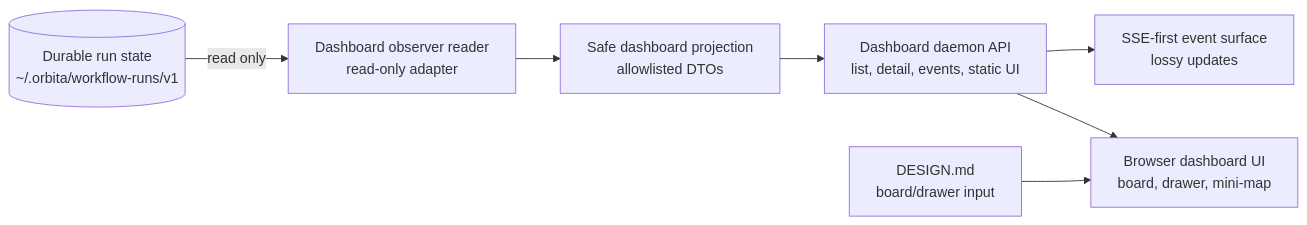
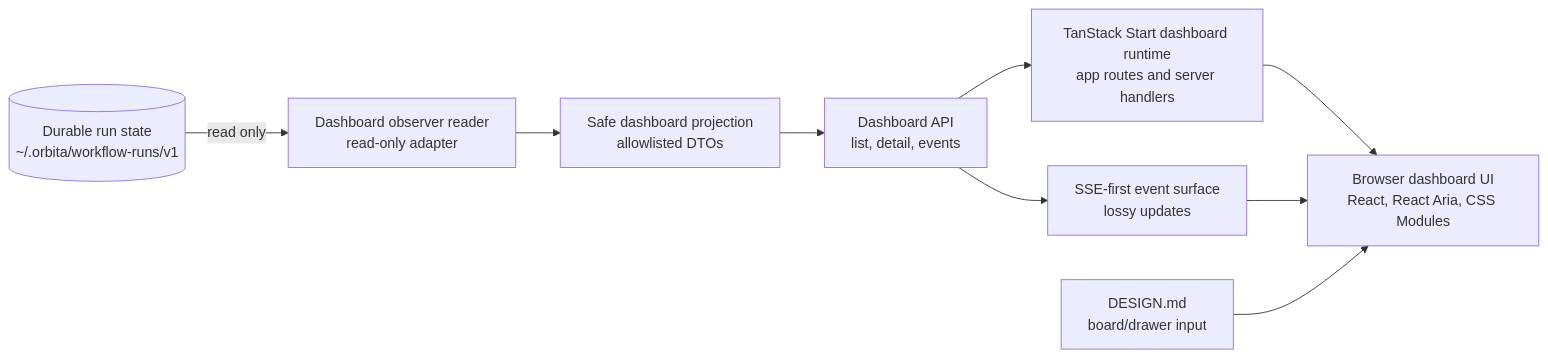
Before and after one commit to MrFlashAccount/UltraSkills: the diagram in skills/orbita/ARCHITECTURE.md, drawn with Mermaid. The commit also changed other lines of this file and 41 other files, not shown here.

Commit message:
Migrate Orbita dashboard to TanStack Start

````diff
--- a/skills/orbita/ARCHITECTURE.md
+++ b/skills/orbita/ARCHITECTURE.md
@@ -502,17 +520,20 @@
 ```mermaid
 flowchart LR
   runs[(Durable run state\n~/.orbita/workflow-runs/v1)]
   observer[Dashboard observer reader\nread-only adapter]
   projection[Safe dashboard projection\nallowlisted DTOs]
-  api[Dashboard daemon API\nlist, detail, events, static UI]
+  start[TanStack Start dashboard runtime\napp routes and server handlers]
+  api[Dashboard API\nlist, detail, events]
   sse[SSE-first event surface\nlossy updates]
-  ui[Browser dashboard UI\nboard, drawer, mini-map]
+  ui[Browser dashboard UI\nReact, React Aria, CSS Modules]
   design[DESIGN.md\nboard/drawer input]
 
   runs -->|read only| observer
   observer --> projection
   projection --> api
+  api --> start
+  start --> ui
   api --> sse
-  api --> ui
+  sse --> ui
   design --> ui
 ```
````
